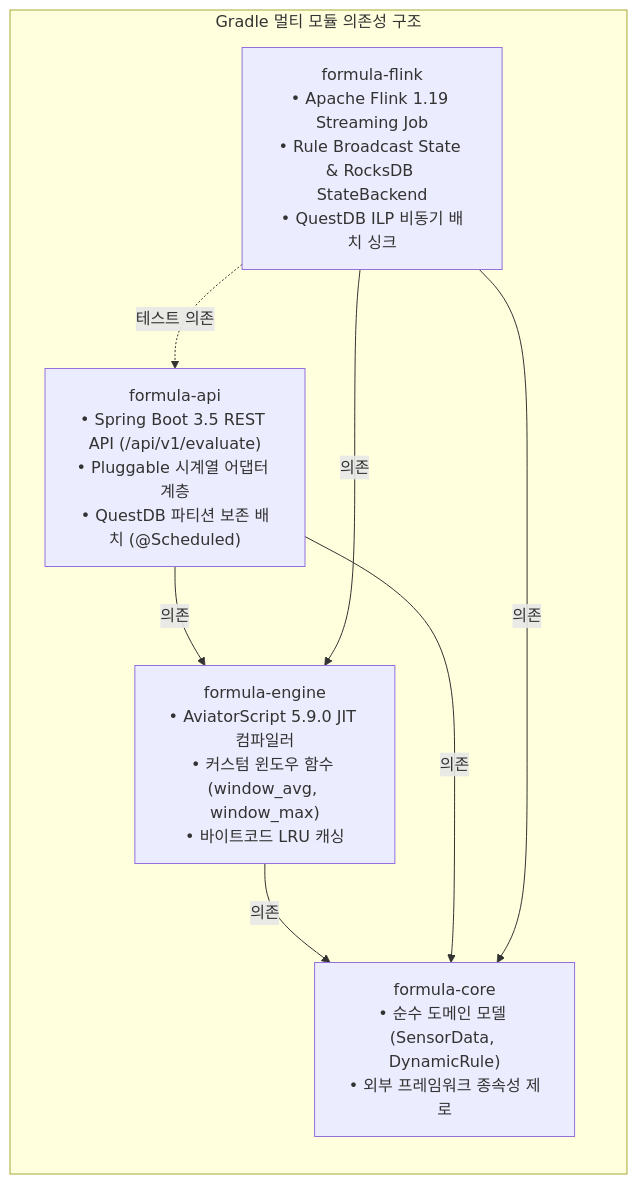
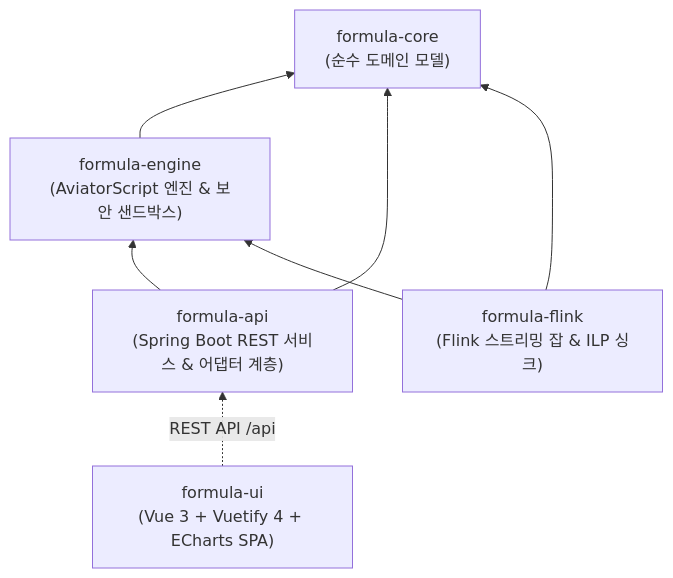
Before and after one commit to imoil/formula-evaluator-service: the second of 8 diagrams in ARCHITECTURE_GUIDE.md, drawn with Mermaid. The commit also changed other lines of this file and 4 other files, not shown here.

First line of the commit message:
docs: update architecture, README, GEMINI, and frontend/streaming guides

````diff
--- a/ARCHITECTURE_GUIDE.md
+++ b/ARCHITECTURE_GUIDE.md
@@ -32,17 +116,15 @@
 ```mermaid
-flowchart TD
-    subgraph MultiModule["Gradle 멀티 모듈 의존성 구조"]
-        direction TB
-        core["formula-core<br/>• 순수 도메인 모델 (SensorData, DynamicRule)<br/>• 외부 프레임워크 종속성 제로"]
-        engine["formula-engine<br/>• AviatorScript 5.9.0 JIT 컴파일러<br/>• 커스텀 윈도우 함수 (window_avg, window_max)<br/>• 바이트코드 LRU 캐싱"]
-        api["formula-api<br/>• Spring Boot 3.5 REST API (/api/v1/evaluate)<br/>• Pluggable 시계열 어댑터 계층<br/>• QuestDB 파티션 보존 배치 (@Scheduled)"]
-        flink["formula-flink<br/>• Apache Flink 1.19 Streaming Job<br/>• Rule Broadcast State & RocksDB StateBackend<br/>• QuestDB ILP 비동기 배치 싱크"]
+flowchart BT
+    formulaCore["formula-core<br/>(순수 도메인 모델)"]
+    formulaEngine["formula-engine<br/>(AviatorScript 엔진 & 보안 샌드박스)"]
+    formulaApi["formula-api<br/>(Spring Boot REST 서비스 & 어댑터 계층)"]
+    formulaFlink["formula-flink<br/>(Flink 스트리밍 잡 & ILP 싱크)"]
+    formulaUi["formula-ui<br/>(Vue 3 + Vuetify 4 + ECharts SPA)"]
 
-        engine -->|의존| core
-        api -->|의존| core
-        api -->|의존| engine
-        flink -->|의존| core
-        flink -->|의존| engine
-        flink -.->|테스트 의존| api
-    end
+    formulaEngine --> formulaCore
+    formulaApi --> formulaCore
+    formulaApi --> formulaEngine
+    formulaFlink --> formulaCore
+    formulaFlink --> formulaEngine
+    formulaUi -.->|REST API /api| formulaApi
 ```
````
